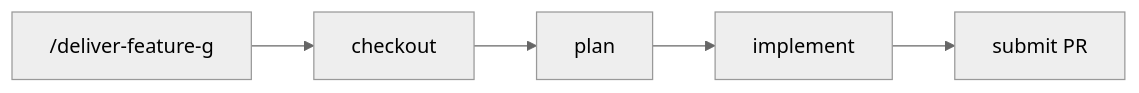
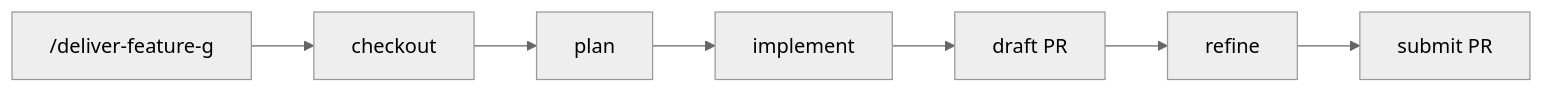
Before and after one commit to SRachamim/etc-nixos: diagram 17 of 19 in home/file/agents/skills/knowledge/workflow-catalog-g/SKILL.md, drawn with Mermaid (neutral theme). The commit also changed other lines of this file and 1 other file, not shown here.

Commit message:
Refine the draft PR inside deliver-feature-g
deliver-feature-g went from Gate 2 straight to submit-feature-g, so
the PR never got the refine-draft-pr-g pass. Its step 4 review also
duplicated the review-pr-g run that refine-draft-pr-g performs.

Step 4 now opens a draft PR and runs refine-draft-pr-g's review, and
Gate 2 presents its verdict table alongside the diff. A new step 5
folds the approved fixes into the draft's commits before submit
publishes the draft. The workflow keeps its two gates.

````diff
--- a/home/file/agents/skills/knowledge/workflow-catalog-g/SKILL.md
+++ b/home/file/agents/skills/knowledge/workflow-catalog-g/SKILL.md
@@ -397,7 +397,9 @@
 ```mermaid
 flowchart LR
   A["/deliver-feature-g"] --> B["checkout"]
   B --> C["plan"]
   C --> D["implement"]
-  D --> E["submit PR"]
+  D --> E["draft PR"]
+  E --> F["refine"]
+  F --> G["submit PR"]
 ```
````
